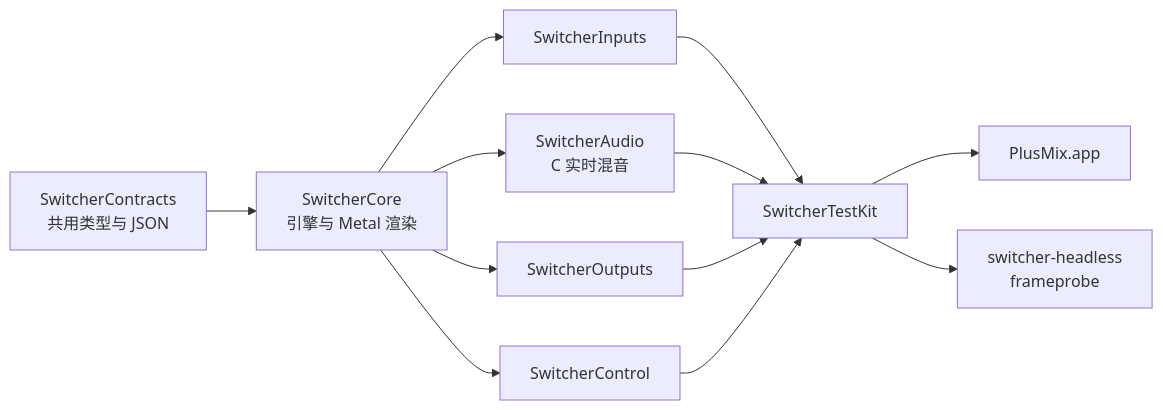
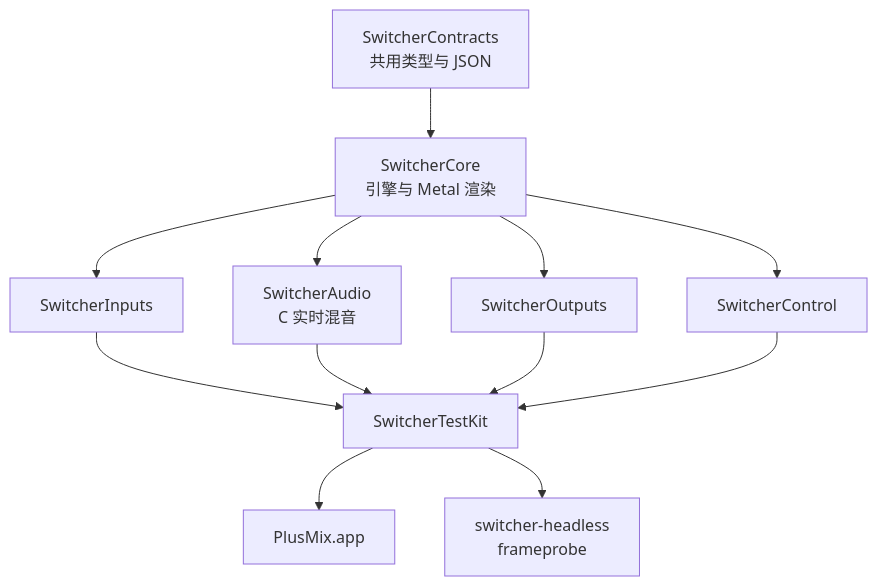
Before and after one commit to PLus123456/plusmix: the diagram in README.zh-CN.md, drawn with Mermaid. The commit also changed 6 other files, not shown here.

First line of the commit message:
OSS-1 续：记下开源推送（https://github.com/PLus123456/plusmix，公开，983 个提交）；提示页生成器的合入判定加认 main-pre-oss，README 架构图改竖排 [skip ci]

````diff
--- a/README.zh-CN.md
+++ b/README.zh-CN.md
@@ -168,16 +168,16 @@
 ```mermaid
-flowchart LR
+flowchart TB
     contracts["SwitcherContracts<br/>共用类型与 JSON"]
     core["SwitcherCore<br/>引擎与 Metal 渲染"]
     inputs["SwitcherInputs"]
     audio["SwitcherAudio<br/>C 实时混音"]
     outputs["SwitcherOutputs"]
     control["SwitcherControl"]
     testkit["SwitcherTestKit"]
     app["PlusMix.app"]
     tools["switcher-headless<br/>frameprobe"]
     contracts --> core
     core --> inputs & audio & outputs & control
     inputs & audio & outputs & control --> testkit
     testkit --> app & tools
 ```
````
